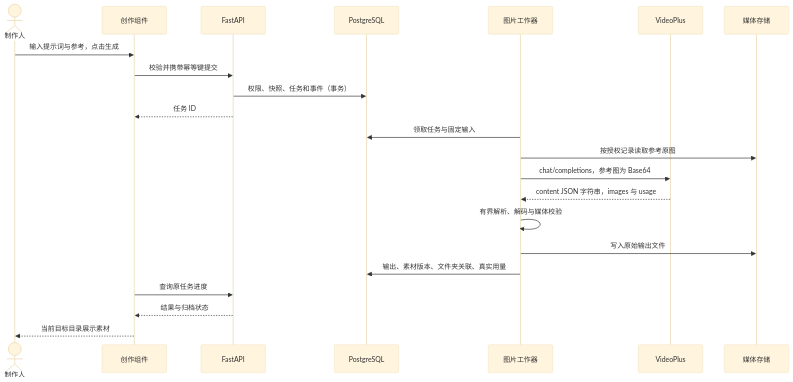
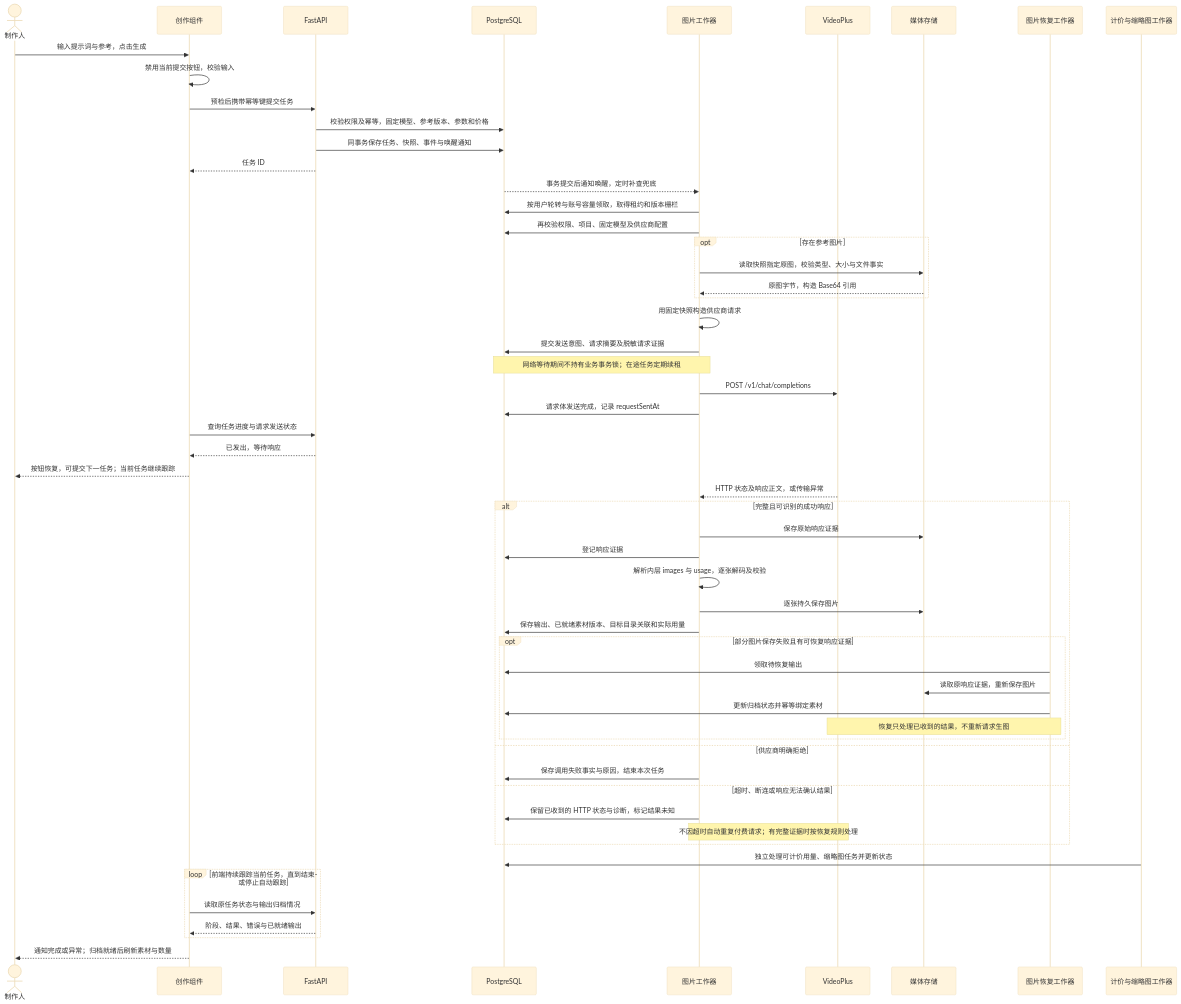
The fifth of 8 diagrams in docs/技术架构方案.md (pleasureswx123/higgsfield), drawn with Mermaid (base theme) before and after one commit. The commit also changed other lines of this file and 2 other files, not shown here.

Commit message:
docs: 补充系统架构、产品需求及生成流程时序图

````diff
--- a/docs/技术架构方案.md
+++ b/docs/技术架构方案.md
@@ -150,24 +152,58 @@
 ```mermaid
 sequenceDiagram
   actor U as 制作人
   participant UI as 创作组件
   participant API as FastAPI
   participant DB as PostgreSQL
   participant W as 图片工作器
   participant G as VideoPlus
   participant S as 媒体存储
+  participant R as 图片恢复工作器
+  participant B as 计价与缩略图工作器
   U->>UI: 输入提示词与参考，点击生成
-  UI->>API: 校验并携带幂等键提交
-  API->>DB: 权限、快照、任务和事件（事务）
+  UI->>UI: 禁用当前提交按钮，校验输入
+  UI->>API: 预检后携带幂等键提交任务
+  API->>DB: 校验权限及幂等，固定模型、参考版本、参数和价格
+  API->>DB: 同事务保存任务、快照、事件与唤醒通知
   API-->>UI: 任务 ID
-  W->>DB: 领取任务与固定输入
-  W->>S: 按授权记录读取参考原图
-  W->>G: chat/completions，参考图为 Base64
-  G-->>W: content JSON 字符串，images 与 usage
-  W->>W: 有界解析、解码与媒体校验
-  W->>S: 写入原始输出文件
-  W->>DB: 输出、素材版本、文件夹关联、真实用量
-  UI->>API: 查询原任务进度
-  API-->>UI: 结果与归档状态
-  UI-->>U: 当前目标目录展示素材
+  DB-->>W: 事务提交后通知唤醒，定时补查兜底
+  W->>DB: 按用户轮转与账号容量领取，取得租约和版本栅栏
+  W->>DB: 再校验权限、项目、固定模型及供应商配置
+  opt 存在参考图片
+    W->>S: 读取快照指定原图，校验类型、大小与文件事实
+    S-->>W: 原图字节，构造 Base64 引用
+  end
+  W->>W: 用固定快照构造供应商请求
+  W->>DB: 提交发送意图、请求摘要及脱敏请求证据
+  Note over W,DB: 网络等待期间不持有业务事务锁；在途任务定期续租
+  W->>G: POST /v1/chat/completions
+  W->>DB: 请求体发送完成，记录 requestSentAt
+  UI->>API: 查询任务进度与请求发送状态
+  API-->>UI: 已发出，等待响应
+  UI-->>U: 按钮恢复，可提交下一任务；当前任务继续跟踪
+  G-->>W: HTTP 状态及响应正文，或传输异常
+  alt 完整且可识别的成功响应
+    W->>S: 保存原始响应证据
+    W->>DB: 登记响应证据
+    W->>W: 解析内层 images 与 usage，逐张解码及校验
+    W->>S: 逐张持久保存图片
+    W->>DB: 保存输出、已就绪素材版本、目标目录关联和实际用量
+    opt 部分图片保存失败且有可恢复响应证据
+      R->>DB: 领取待恢复输出
+      R->>S: 读取原响应证据，重新保存图片
+      R->>DB: 更新归档状态并幂等绑定素材
+      Note over R,G: 恢复只处理已收到的结果，不重新请求生图
+    end
+  else 供应商明确拒绝
+    W->>DB: 保存调用失败事实与原因，结束本次任务
+  else 超时、断连或响应无法确认结果
+    W->>DB: 保留已收到的 HTTP 状态与诊断，标记结果未知
+    Note over W,G: 不因超时自动重复付费请求；有完整证据时按恢复规则处理
+  end
+  B->>DB: 独立处理可计价用量、缩略图任务并更新状态
+  loop 前端持续跟踪当前任务，直到结束或停止自动跟踪
+    UI->>API: 读取原任务状态与输出归档情况
+    API-->>UI: 阶段、结果、错误与已就绪输出
+  end
+  UI-->>U: 通知完成或异常；归档就绪后刷新素材与数量
 ```
````
